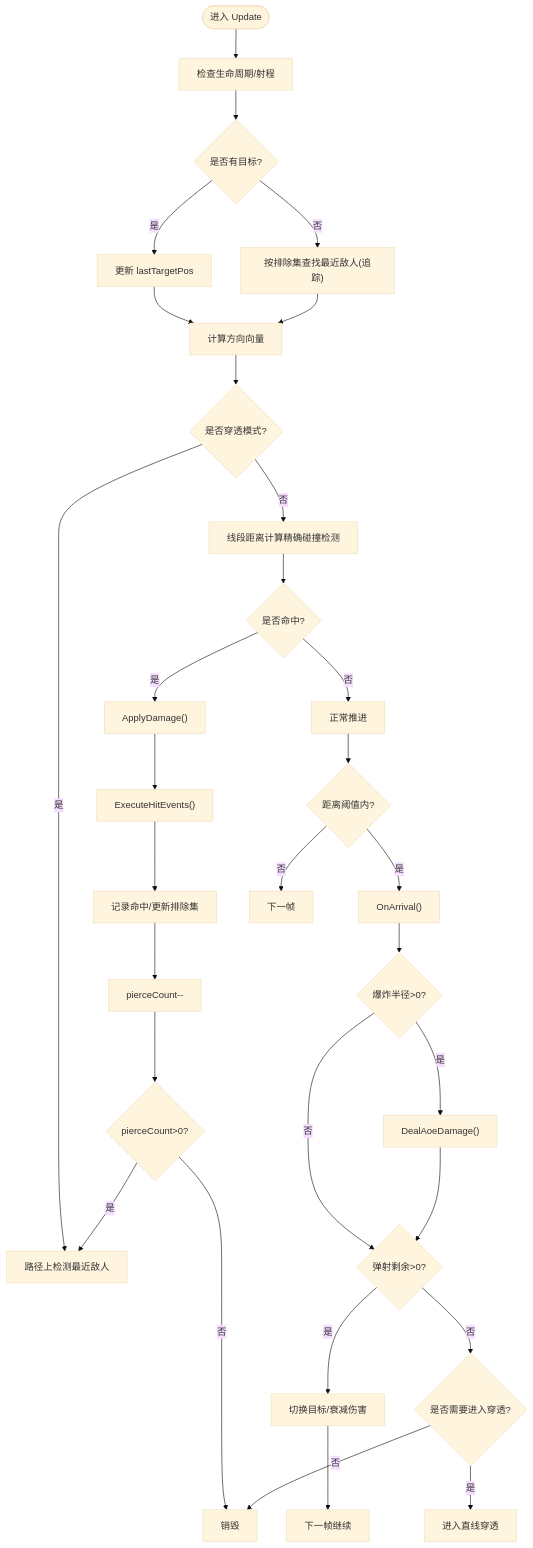
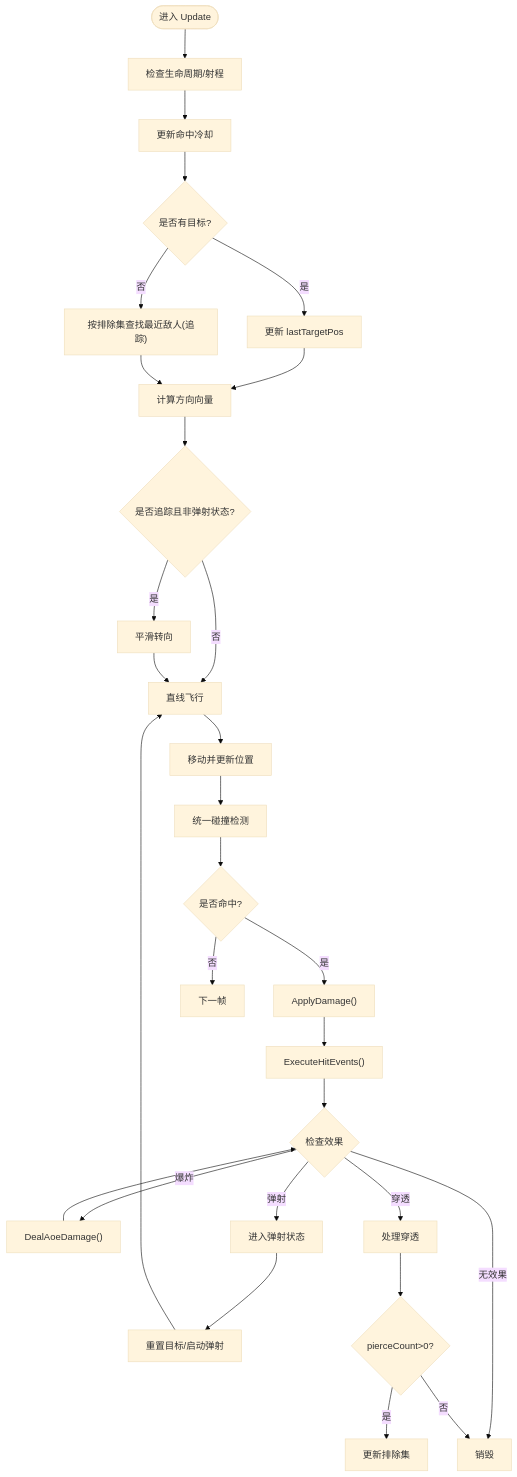
Before and after one commit to Tuusen/p1_client: the third of 5 diagrams in .qoder/repowiki/zh/content/战斗系统/弹幕系统.md, drawn with Mermaid (base theme). The commit also changed other lines of this file and 13 other files, not shown here.

````diff
--- a/.qoder/repowiki/zh/content/战斗系统/弹幕系统.md
+++ b/.qoder/repowiki/zh/content/战斗系统/弹幕系统.md
@@ -155,33 +155,31 @@
 ```mermaid
 flowchart TD
 Start(["进入 Update"]) --> LifeCheck["检查生命周期/射程"]
-LifeCheck --> TargetCheck{"是否有目标?"}
+LifeCheck --> CooldownCheck["更新命中冷却"]
+CooldownCheck --> TargetCheck{"是否有目标?"}
 TargetCheck --> |是| UpdateLast["更新 lastTargetPos"]
 TargetCheck --> |否| FindNew["按排除集查找最近敌人(追踪)"]
 UpdateLast --> DirCalc["计算方向向量"]
 FindNew --> DirCalc
-DirCalc --> PierceMode{"是否穿透模式?"}
-PierceMode --> |是| PierceCheck["路径上检测最近敌人"]
-PierceMode --> |否| PreciseCollision["线段距离计算精确碰撞检测"]
-PreciseCollision --> Hit{"是否命中?"}
+DirCalc --> HomingCheck{"是否追踪且非弹射状态?"}
+HomingCheck --> |是| SmoothTurn["平滑转向"]
+HomingCheck --> |否| StraightFly["直线飞行"]
+SmoothTurn --> StraightFly
+StraightFly --> Move["移动并更新位置"]
+Move --> CollisionCheck["统一碰撞检测"]
+CollisionCheck --> Hit{"是否命中?"}
 Hit --> |是| ApplyDmg["ApplyDamage()"]
 ApplyDmg --> ExecEvt["ExecuteHitEvents()"]
-ExecEvt --> RecordHit["记录命中/更新排除集"]
-RecordHit --> DecPierce["pierceCount--"]
-DecPierce --> MorePierce{"pierceCount>0?"}
-MorePierce --> |是| PierceCheck
-MorePierce --> |否| Destroy["销毁"]
-Hit --> |否| Move["正常推进"]
-Move --> Arrive{"距离阈值内?"}
-Arrive --> |是| OnArrival["OnArrival()"]
-Arrive --> |否| NextFrame["下一帧"]
-OnArrival --> Explode{"爆炸半径>0?"}
-Explode --> |是| AOEDmg["DealAoeDamage()"]
-Explode --> |否| BounceCheck{"弹射剩余>0?"}
-AOEDmg --> BounceCheck
-BounceCheck --> |是| Bounce["切换目标/衰减伤害"]
-BounceCheck --> |否| PierceEnter{"是否需要进入穿透?"}
-Bounce --> BounceEnter["下一帧继续"]
-PierceEnter --> |是| EnterPierce["进入直线穿透"]
-PierceEnter --> |否| Destroy
+ExecEvt --> CheckEffects{"检查效果"}
+CheckEffects --> |爆炸| AoEDmg["DealAoeDamage()"]
+CheckEffects --> |弹射| Bounce["进入弹射状态"]
+CheckEffects --> |穿透| Pierce["处理穿透"]
+CheckEffects --> |无效果| Destroy["销毁"]
+Hit --> |否| NextFrame["下一帧"]
+Bounce --> ResetState["重置目标/启动弹射"]
+ResetState --> StraightFly
+Pierce --> CheckPierce{"pierceCount>0?"}
+CheckPierce --> |是| UpdateExclude["更新排除集"]
+CheckPierce --> |否| Destroy
+AoEDmg --> CheckEffects
 ```
````
